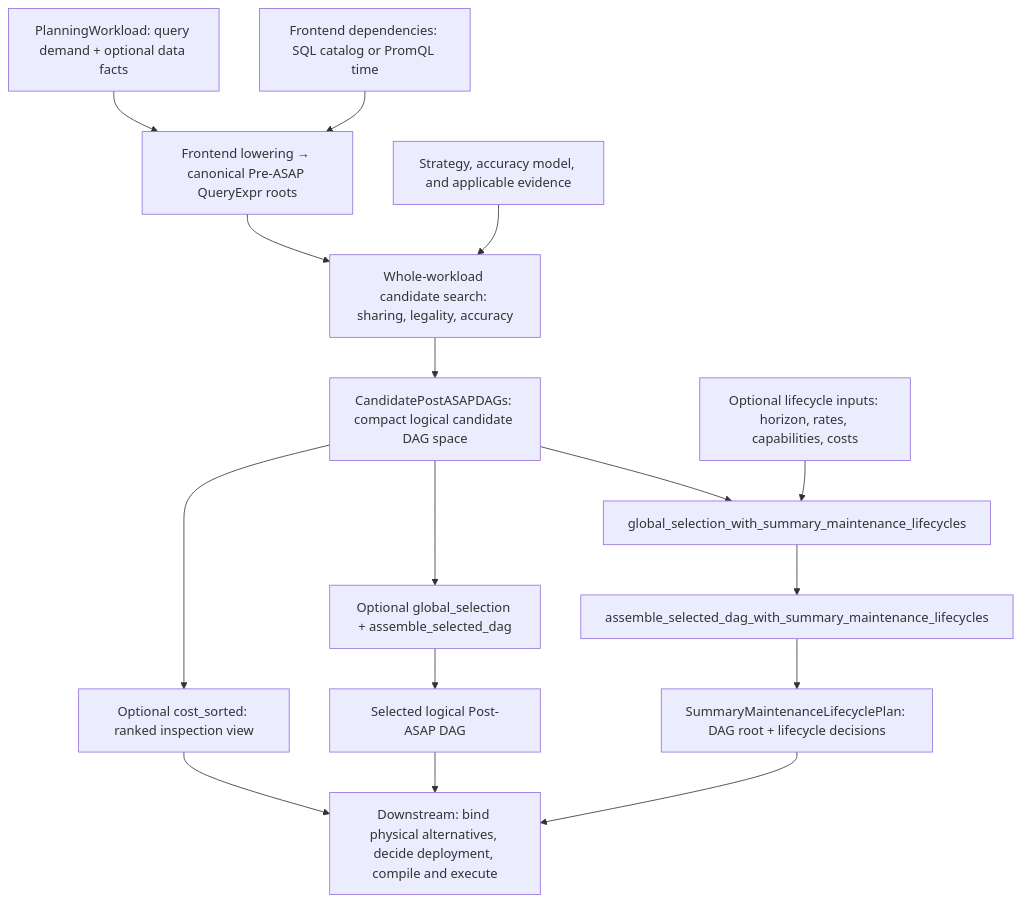
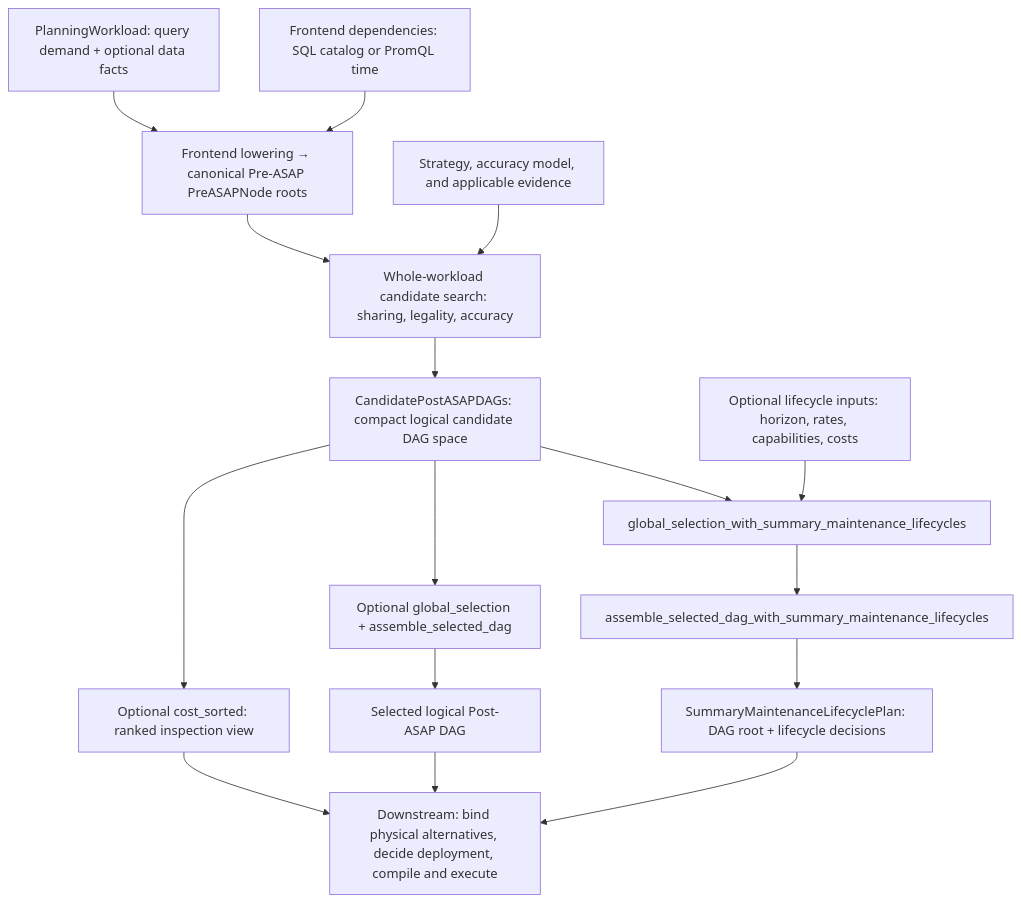
Before and after one commit to ProjectASAP/ASAPPlanner: the diagram in docs/design_docs/architecture/README.md, drawn with Mermaid. The commit also changed 161 other files, not shown here.

First line of the commit message:
refactor!: align DAG node and graph API names

````diff
--- a/docs/design_docs/architecture/README.md
+++ b/docs/design_docs/architecture/README.md
@@ -15,26 +15,26 @@
 ```mermaid
 flowchart TD
     W["PlanningWorkload: query demand + optional data facts"]
     F["Frontend dependencies: SQL catalog or PromQL time"]
     E["Strategy, accuracy model, and applicable evidence"]
-    PRE["Frontend lowering → canonical Pre-ASAP QueryExpr roots"]
+    PRE["Frontend lowering → canonical Pre-ASAP PreASAPNode roots"]
     SEARCH["Whole-workload candidate search: sharing, legality, accuracy"]
     SPACE["CandidatePostASAPDAGs: compact logical candidate DAG space"]
     RANK["Optional cost_sorted: ranked inspection view"]
     SELECT["Optional global_selection + assemble_selected_dag"]
     DAG["Selected logical Post-ASAP DAG"]
     LINPUT["Optional lifecycle inputs: horizon, rates, capabilities, costs"]
     LIFE["global_selection_with_summary_maintenance_lifecycles"]
     LMAT["assemble_selected_dag_with_summary_maintenance_lifecycles"]
     LPLAN["SummaryMaintenanceLifecyclePlan: DAG root + lifecycle decisions"]
     BACKEND["Downstream: bind physical alternatives, decide deployment, compile and execute"]
     W --> PRE
     F --> PRE
     PRE --> SEARCH
     E --> SEARCH
     SEARCH --> SPACE
     SPACE --> RANK --> BACKEND
     SPACE --> SELECT --> DAG --> BACKEND
     SPACE --> LIFE
     LINPUT --> LIFE --> LMAT --> LPLAN --> BACKEND
 ```
````
